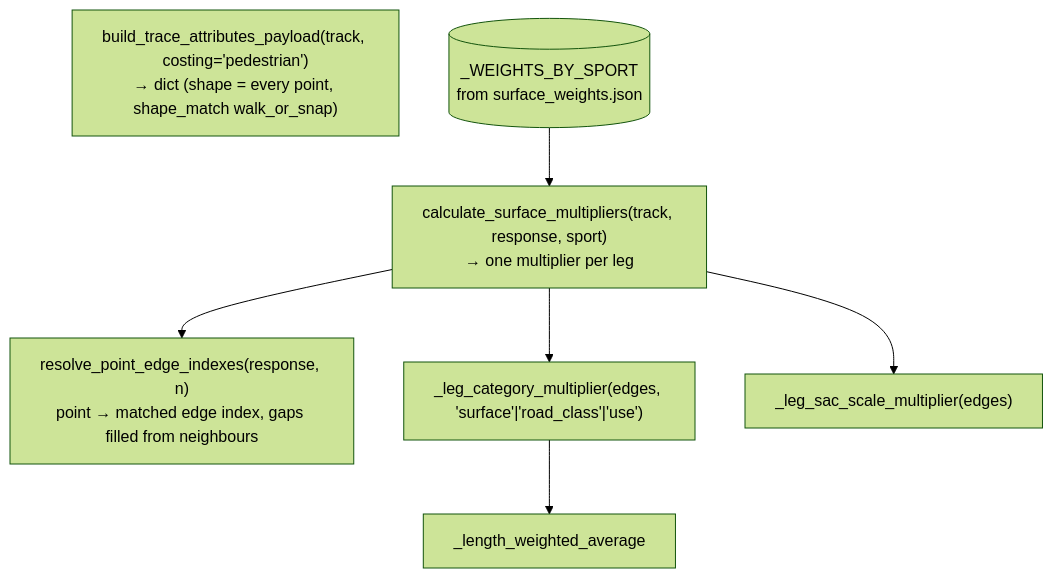
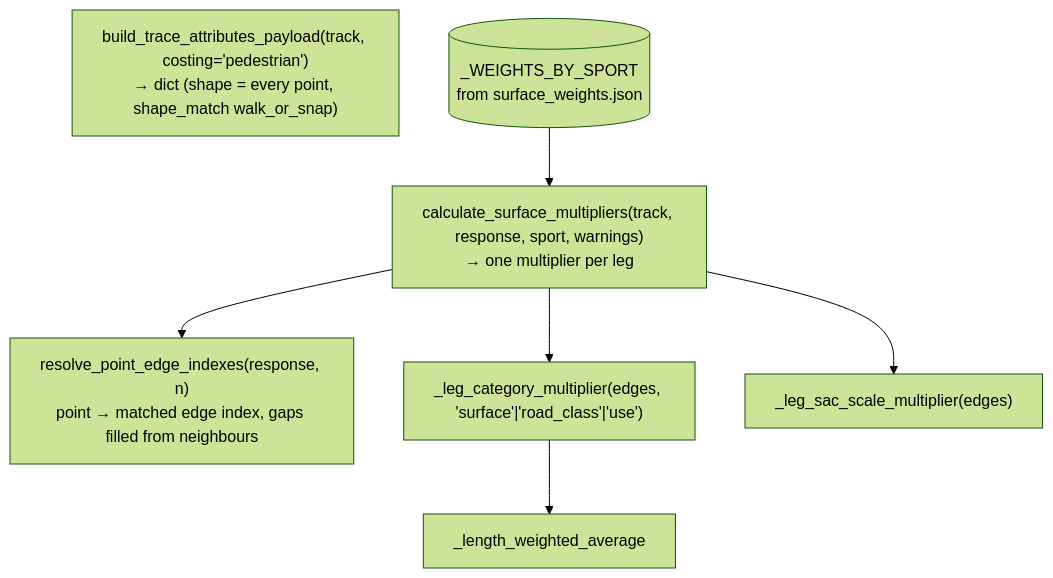
Before and after one commit to martin-iflap/GPX_to_FIT: the eighth of 15 diagrams in docs/ARCHITECTURE.md, drawn with Mermaid (forest theme). The commit also changed other lines of this file and 14 other files, not shown here.

````diff
--- a/docs/ARCHITECTURE.md
+++ b/docs/ARCHITECTURE.md
@@ -415,12 +421,12 @@
 ```mermaid
 flowchart TD
   btap["build_trace_attributes_payload(track, costing='pedestrian')<br/>→ dict (shape = every point, shape_match walk_or_snap)"]
-  csm["calculate_surface_multipliers(track, response, sport)<br/>→ one multiplier per leg"]
+  csm["calculate_surface_multipliers(track, response, sport, warnings)<br/>→ one multiplier per leg"]
   rpei["resolve_point_edge_indexes(response, n)<br/>point → matched edge index, gaps filled from neighbours"]
   lcm["_leg_category_multiplier(edges, 'surface'|'road_class'|'use')"] --> lwa["_length_weighted_average"]
   lsm["_leg_sac_scale_multiplier(edges)"]
   csm --> rpei
   csm --> lcm
   csm --> lsm
   W[("_WEIGHTS_BY_SPORT<br/>from surface_weights.json")] --> csm
 ```
````
